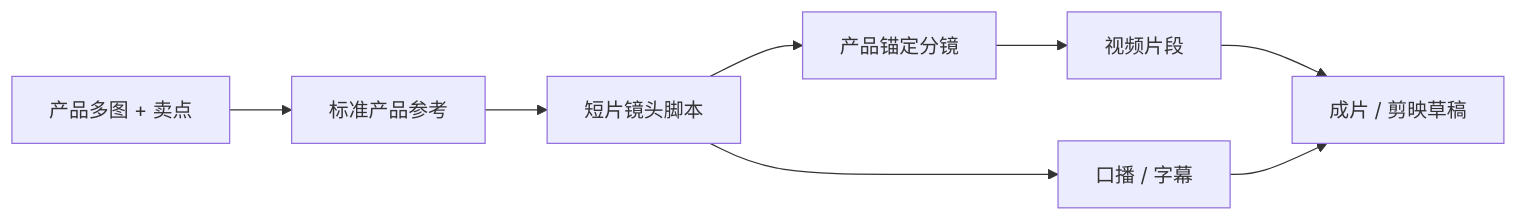
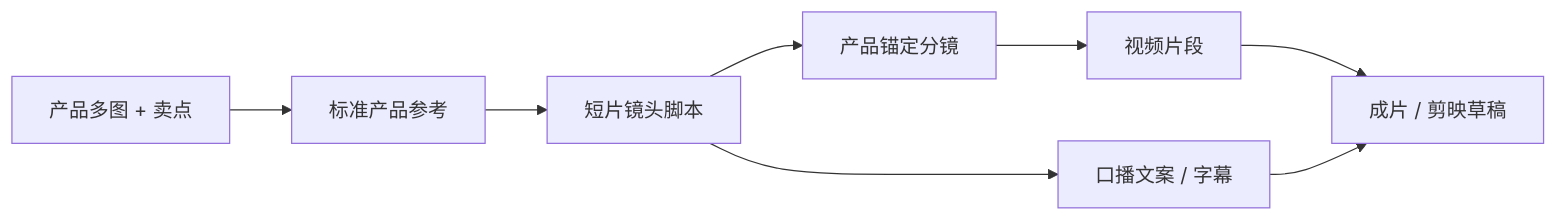
Before and after one commit to ArcReel/ArcReel: the third of 3 diagrams in docs/workflows.md, drawn with Mermaid. The commit also changed other lines of this file and 1 other file, not shown here.

````diff
--- a/docs/workflows.md
+++ b/docs/workflows.md
@@ -165,10 +165,10 @@
 ```mermaid
 flowchart LR
     A["产品多图 + 卖点"] --> B["标准产品参考"]
     B --> C["短片镜头脚本"]
     C --> D["产品锚定分镜"]
     D --> E["视频片段"]
-    C --> F["口播 / 字幕"]
+    C --> F["口播文案 / 字幕"]
     E --> G["成片 / 剪映草稿"]
     F --> G
 ```
````
